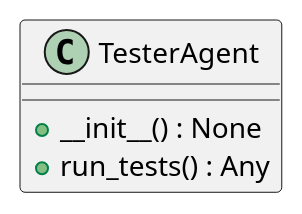
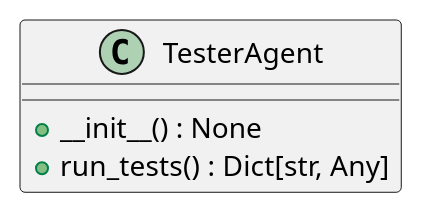
Before and after one commit to lgcorzo/llmops-python-package: the first of 6 diagrams in openwiki/modules/src/autogen_team/application/agents/tester_agent.md, drawn with PlantUML. The commit also changed other lines of this file and 155 other files, not shown here.

````diff
--- a/openwiki/modules/src/autogen_team/application/agents/tester_agent.md
+++ b/openwiki/modules/src/autogen_team/application/agents/tester_agent.md
@@ -54,8 +63,8 @@
 ```plantuml
 @startuml
     class TesterAgent {
         +__init__() : None
-        +run_tests() : Any
+        +run_tests() : Dict[str, Any]
     }
 @enduml
 ```
````
